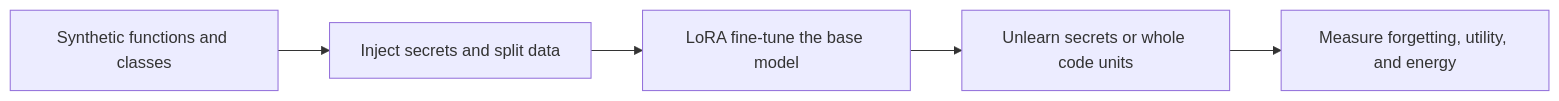
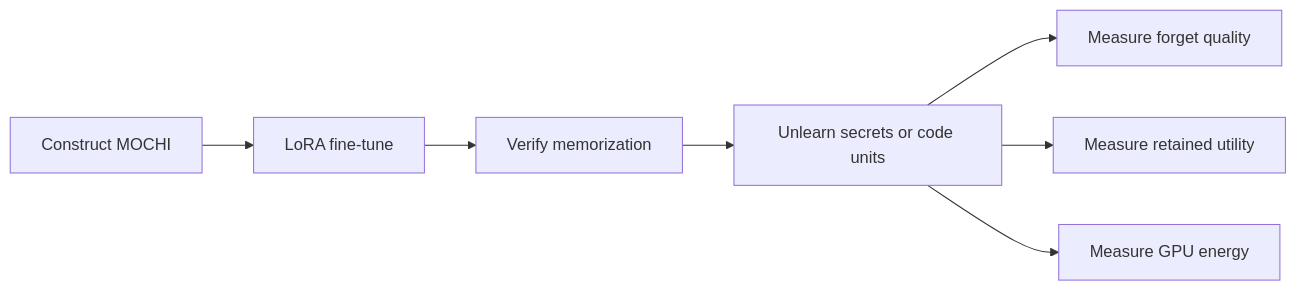
Before and after one commit to DogukanBaysal/Code-Unlearning: the diagram in README.md, drawn with Mermaid. The commit also changed other lines of this file and 15 other files, not shown here.

````diff
--- a/README.md
+++ b/README.md
@@ -30,7 +59,9 @@
 ```mermaid
 flowchart LR
-    A[Synthetic functions and classes] --> B[Inject secrets and split data]
-    B --> C[LoRA fine-tune the base model]
-    C --> D[Unlearn secrets or whole code units]
-    D --> E[Measure forgetting, utility, and energy]
+    A[Construct MOCHI] --> B[LoRA fine-tune]
+    B --> C[Verify memorization]
+    C --> D[Unlearn secrets or code units]
+    D --> E[Measure forget quality]
+    D --> F[Measure retained utility]
+    D --> G[Measure GPU energy]
 ```
````
